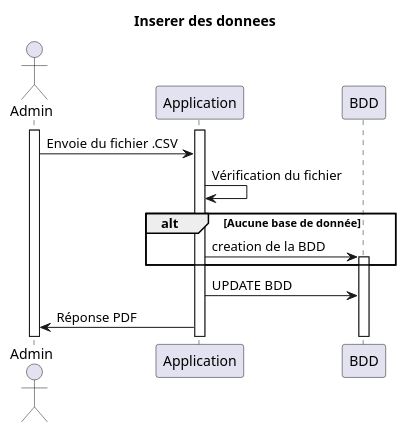
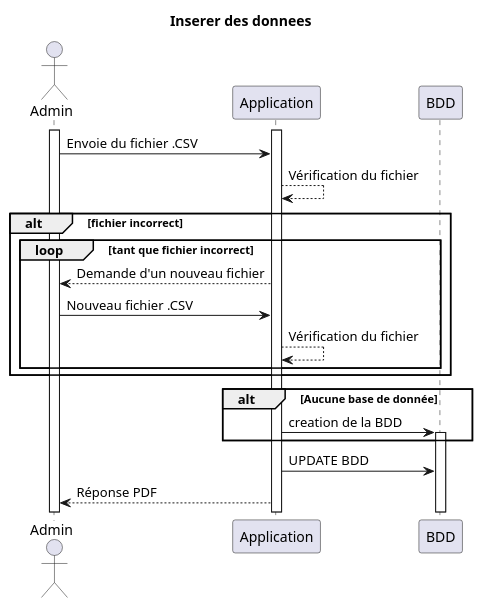
The diagram in Diagrammes/use_case_traitement_data.wsd (pandadorable/Trombinoscope), drawn with PlantUML before and after one commit. The commit also changed 1 other file, not shown here.

Commit message:
Update : Diagramme use case Inserer data

```diff
--- a/Diagrammes/use_case_traitement_data.wsd
+++ b/Diagrammes/use_case_traitement_data.wsd
@@ -1,22 +1,31 @@
 @startuml Inserer_donnees
 
 title Inserer des donnees
 actor "Admin" as Ad
 participant Application
 participant BDD
 
 activate Ad
 activate Application
 
 Ad -> Application : Envoie du fichier .CSV
-Application -> Application : Vérification du fichier
+Application --> Application : Vérification du fichier
+alt fichier incorrect
+loop tant que fichier incorrect
+Ad <-- Application : Demande d'un nouveau fichier
+Ad -> Application : Nouveau fichier .CSV
+Application --> Application : Vérification du fichier
+end
+
+end
+
 
 alt Aucune base de donnée
 Application -> BDD : creation de la BDD
 activate BDD
 end
 
 Application -> BDD : UPDATE BDD
 
-Ad <- Application : Réponse PDF
+Ad <-- Application : Réponse PDF
 @enduml
```
